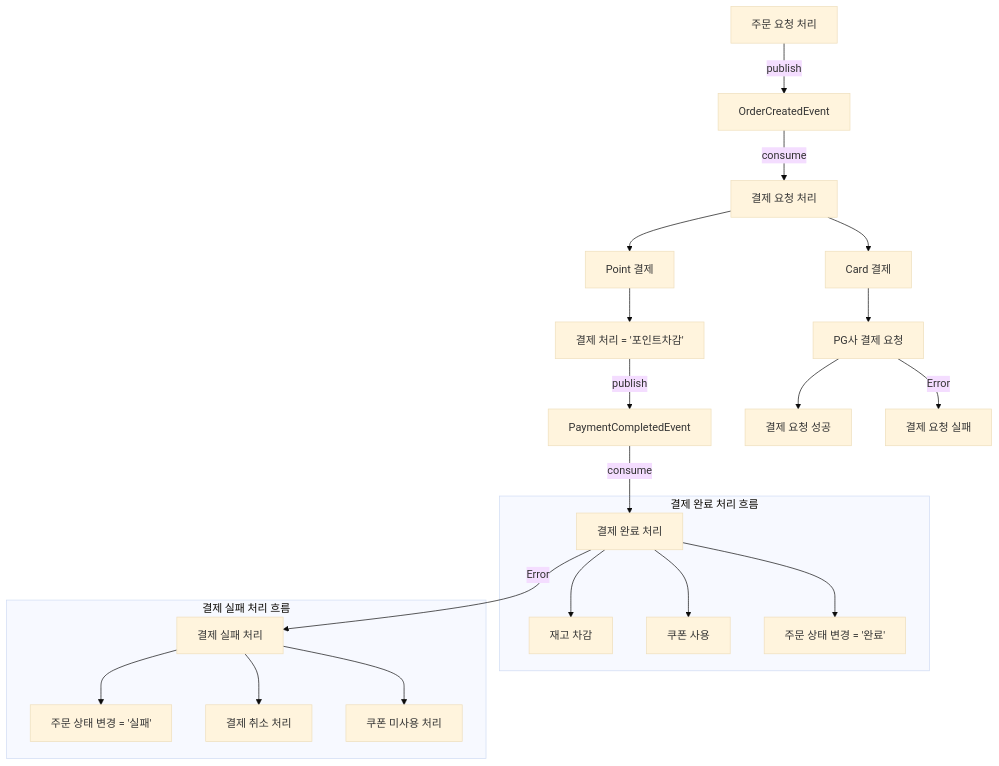
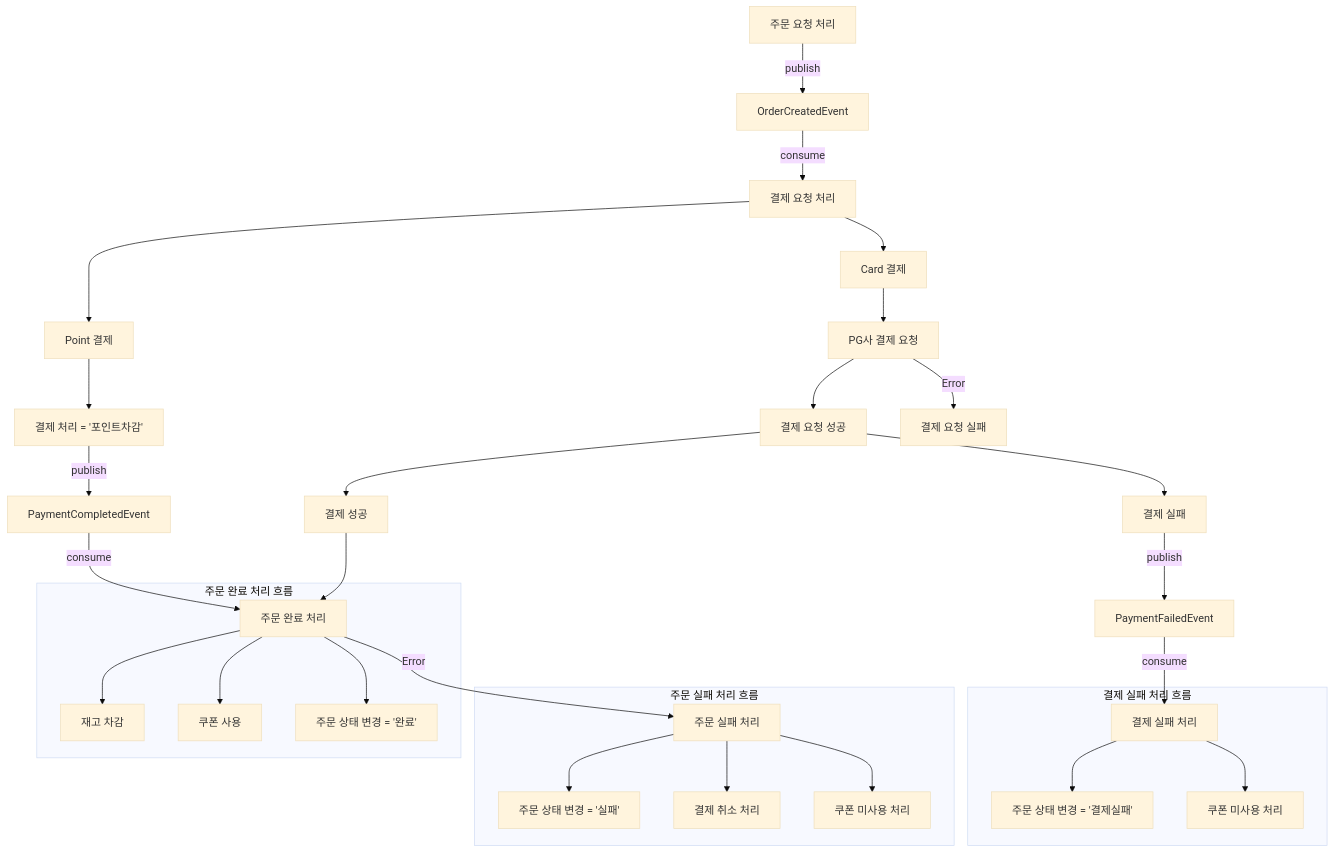
One commit to kiekk/gamsung-commerce changed the diagram in docs/event/order-flow.md. Above: the diagram before and after it, drawn with Mermaid (base theme).

Commit message:
docs: order flowchart 수정

````diff
--- a/docs/event/order-flow.md
+++ b/docs/event/order-flow.md
@@ -11,28 +11,39 @@
 ```mermaid
 flowchart TD
     A[주문 요청 처리] -->|publish| B[OrderCreatedEvent]
     B -->|consume| C[결제 요청 처리]
     C --> D[Point 결제]
     C --> E[Card 결제]
     D --> F[결제 처리 = '포인트차감']
     F -->|publish| G[PaymentCompletedEvent]
     E --> H[PG사 결제 요청]
     H --> Q[결제 요청 성공]
+    Q --> S[결제 성공]
+    Q --> T[결제 실패]
+    T -->|publish| Z[PaymentFailedEvent]
+    Z -->|consume| U[결제 실패 처리]
+    S --> I
     H -->|Error| R[결제 요청 실패]
-    G -->|consume| I[결제 완료 처리]
+    G -->|consume| I[주문 완료 처리]
 
-%% === 결제 완료 처리 그룹 ===
-    subgraph S1[결제 완료 처리 흐름]
+%% === 주문 완료 처리 그룹 ===
+    subgraph S1[주문 완료 처리 흐름]
         I --> J[재고 차감]
         I --> K[쿠폰 사용]
         I --> L[주문 상태 변경 = '완료']
     end
 
-%% === 결제 실패 처리 그룹 ===
-    subgraph S2[결제 실패 처리 흐름]
-        I -->|Error| M[결제 실패 처리]
+%% === 주문 실패 처리 그룹 ===
+    subgraph S2[주문 실패 처리 흐름]
+        I -->|Error| M[주문 실패 처리]
         M --> N[주문 상태 변경 = '실패']
         M --> O[결제 취소 처리]
         M --> P[쿠폰 미사용 처리]
     end
+
+%% === 결제 실패 처리 그룹 ===
+    subgraph S3[결제 실패 처리 흐름]
+        U --> V[주문 상태 변경 = '결제실패']
+        U --> W[쿠폰 미사용 처리]
+    end
 ```
````
